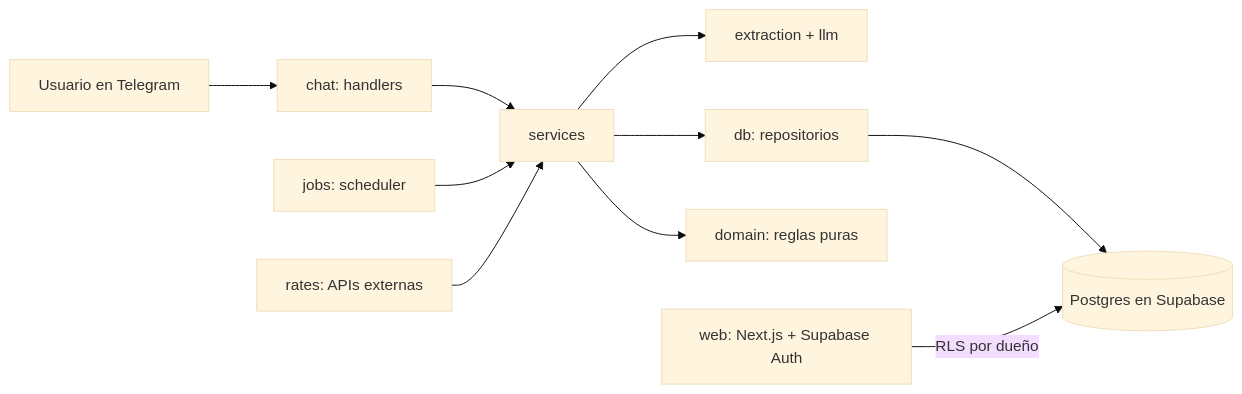
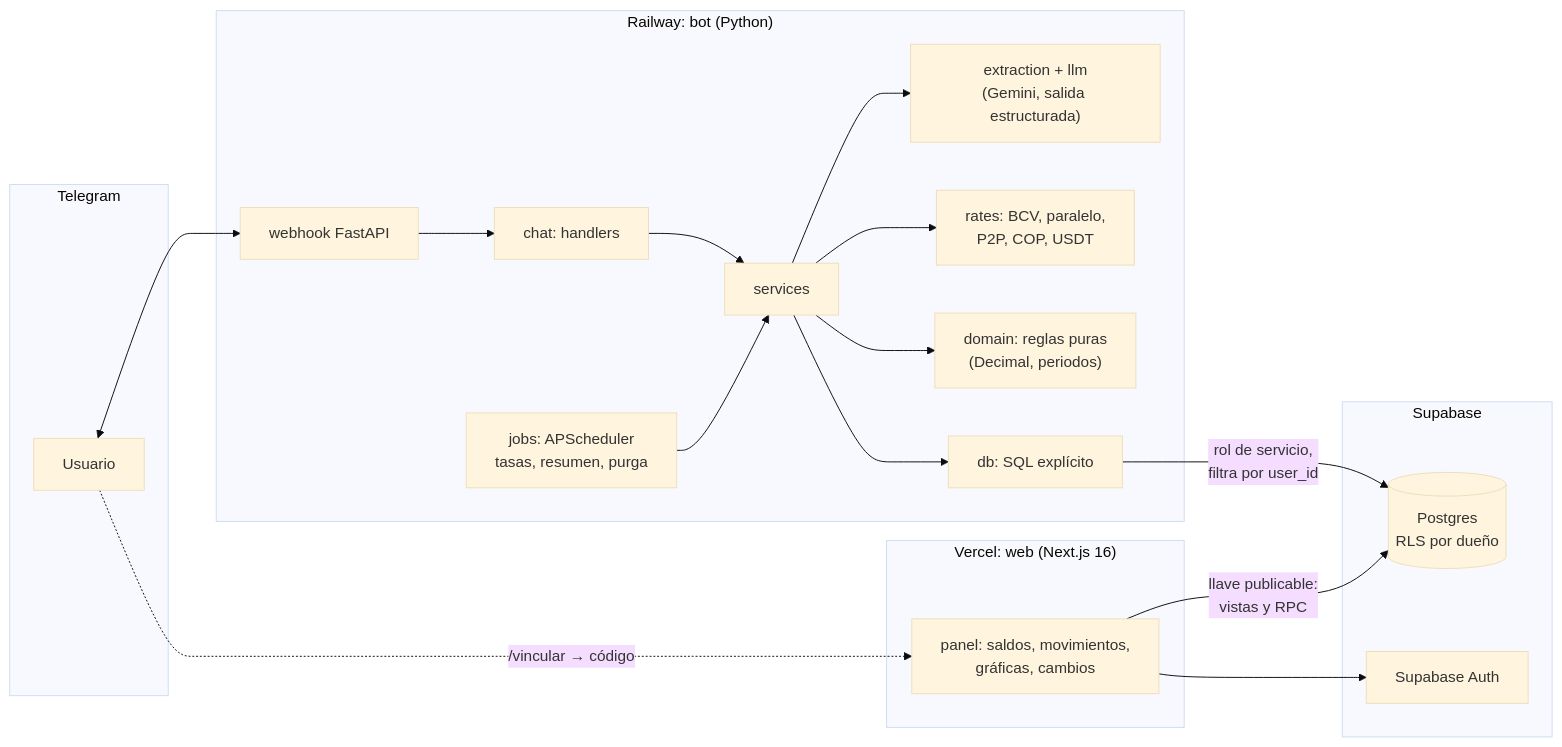
One commit to FranklyBautista/asistente-gastos-multimoneda changed the diagram in README.md. Above: the diagram before and after it, drawn with Mermaid (base theme). The commit also changed other lines of this file and 32 other files, not shown here.

First line of the commit message:
feat: panel web con saldos en USD, movimientos, gráficas y cambios (Fase 10)

````diff
--- a/README.md
+++ b/README.md
@@ -11,12 +37,27 @@
 ```mermaid
 flowchart LR
-  U["Usuario en Telegram"] --> H["chat: handlers"]
-  H --> S["services"]
-  S --> E["extraction + llm"]
-  S --> D["db: repositorios"]
-  S --> DOM["domain: reglas puras"]
-  J["jobs: scheduler"] --> S
-  R["rates: APIs externas"] --> S
-  D --> PG[("Postgres en Supabase")]
-  W["web: Next.js + Supabase Auth"] -- "RLS por dueño" --> PG
+  subgraph Telegram
+    U["Usuario"]
+  end
+  subgraph Railway["Railway: bot (Python)"]
+    WH["webhook FastAPI"] --> H["chat: handlers"]
+    H --> S["services"]
+    J["jobs: APScheduler<br/>tasas, resumen, purga"] --> S
+    S --> X["extraction + llm<br/>(Gemini, salida estructurada)"]
+    S --> R["rates: BCV, paralelo,<br/>P2P, COP, USDT"]
+    S --> DOM["domain: reglas puras<br/>(Decimal, periodos)"]
+    S --> D["db: SQL explícito"]
+  end
+  subgraph Supabase
+    PG[("Postgres<br/>RLS por dueño")]
+    AUTH["Supabase Auth"]
+  end
+  subgraph Vercel["Vercel: web (Next.js 16)"]
+    WEB["panel: saldos, movimientos,<br/>gráficas, cambios"]
+  end
+  U <--> WH
+  D -- "rol de servicio,<br/>filtra por user_id" --> PG
+  WEB -- "llave publicable:<br/>vistas y RPC" --> PG
+  WEB --> AUTH
+  U -. "/vincular → código" .-> WEB
 ```
````
